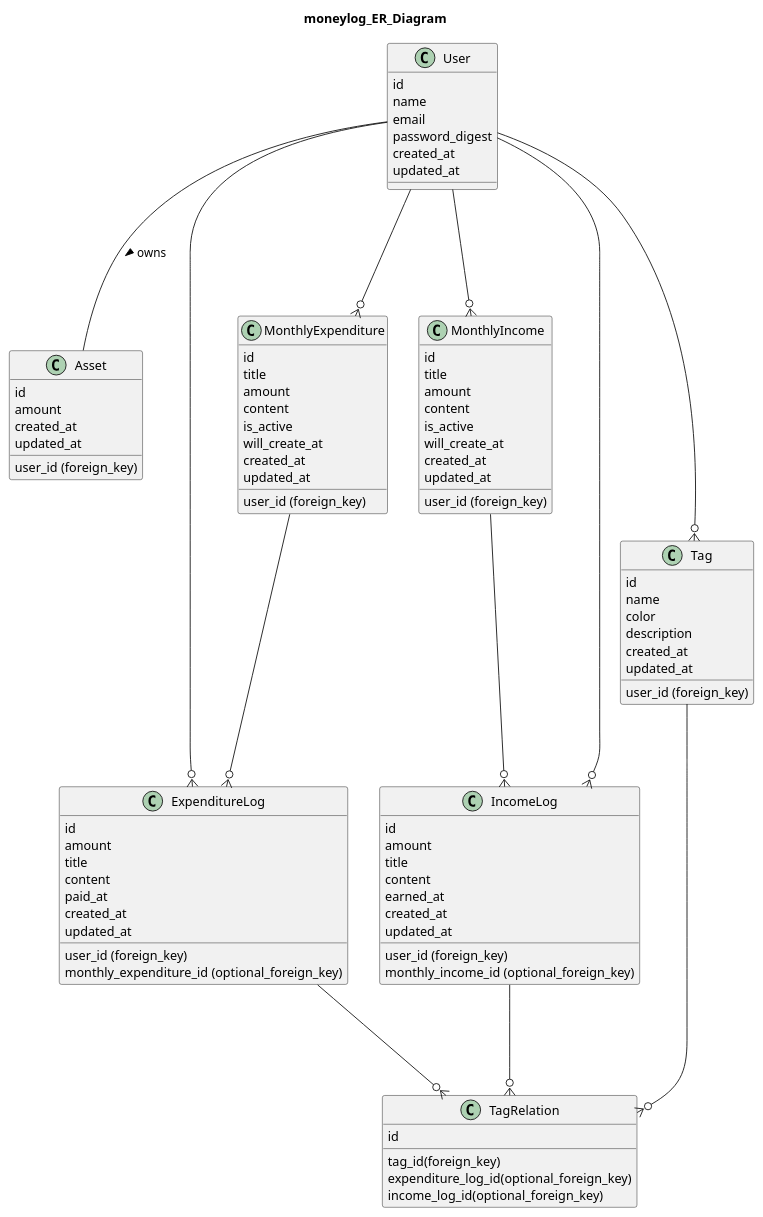
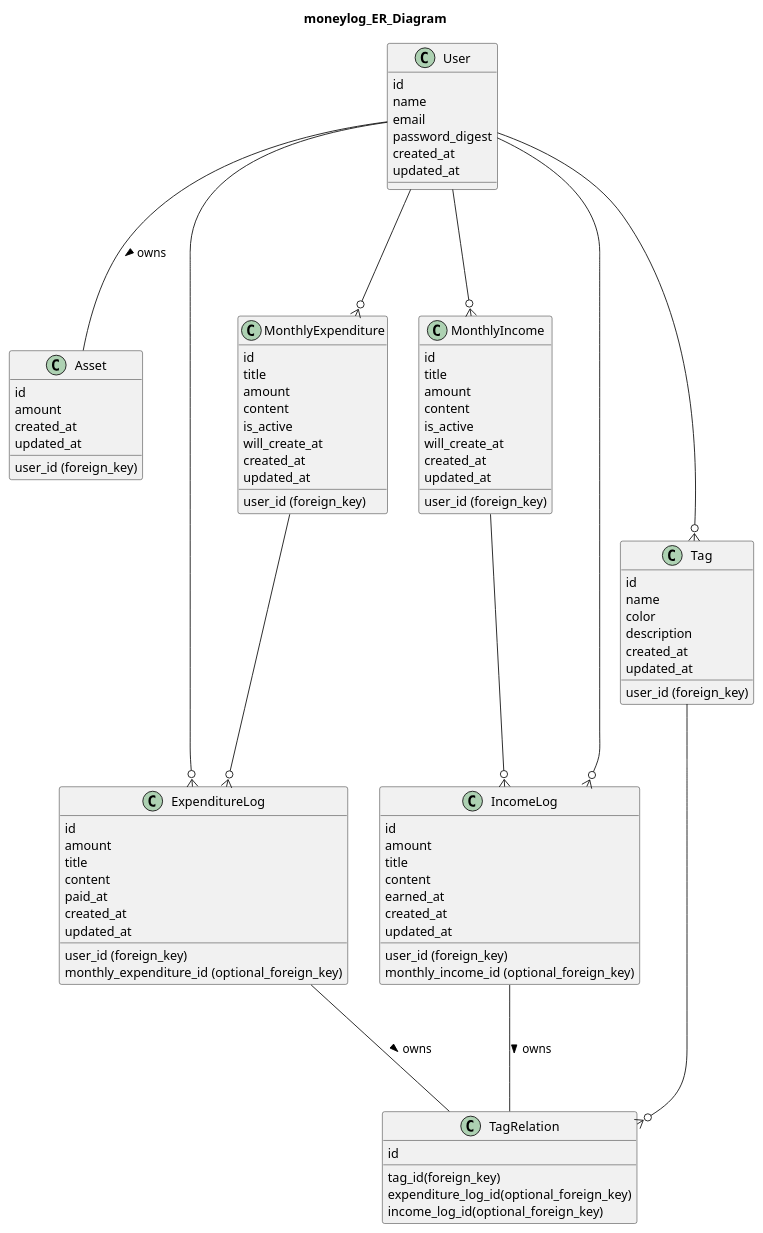
One commit to digitter/moneylog changed the diagram in moneylog_doc/moneylog_uml.pu. Above: the diagram before and after it, drawn with PlantUML. The commit also changed 4 other files, not shown here.

```diff
--- a/moneylog_doc/moneylog_uml.pu
+++ b/moneylog_doc/moneylog_uml.pu
@@ -1,94 +1,94 @@
 @startuml
   title moneylog_ER_Diagram
 
   ' Relationship
   User --- Asset: owns >
   User ---o{ ExpenditureLog
   User ---o{ IncomeLog
   User ---o{ MonthlyExpenditure
   User ---o{ MonthlyIncome
   User ---o{ Tag
 
   MonthlyExpenditure ---o{ ExpenditureLog
   MonthlyIncome ---o{ IncomeLog
 
-  IncomeLog ---o{ TagRelation
-  ExpenditureLog ---o{ TagRelation
+  IncomeLog --- TagRelation: owns >
+  ExpenditureLog --- TagRelation: owns >
 
   Tag --o{ TagRelation
 
   class User {
     id
     name
     email
     password_digest
     created_at
     updated_at
   }
   class Asset {
     id
     user_id (foreign_key)
     amount
     created_at
     updated_at
   }
   class MonthlyExpenditure {
     id
     user_id (foreign_key)
     title
     amount
     content
     is_active
     will_create_at
     created_at
     updated_at
   }
   class MonthlyIncome {
     id
     user_id (foreign_key)
     title
     amount
     content
     is_active
     will_create_at
     created_at
     updated_at
   }
   class IncomeLog {
     id
     user_id (foreign_key)
     monthly_income_id (optional_foreign_key)
     amount
     title
     content
     earned_at
     created_at
     updated_at
   }
   class ExpenditureLog {
     id
     user_id (foreign_key)
     monthly_expenditure_id (optional_foreign_key)
     amount
     title
     content
     paid_at
     created_at
     updated_at
   }
   class TagRelation {
     id
     tag_id(foreign_key)
     expenditure_log_id(optional_foreign_key)
     income_log_id(optional_foreign_key)
   }
   class Tag {
     id
     user_id (foreign_key)
     name
     color
     description
     created_at
     updated_at
   }
 @enduml
```
